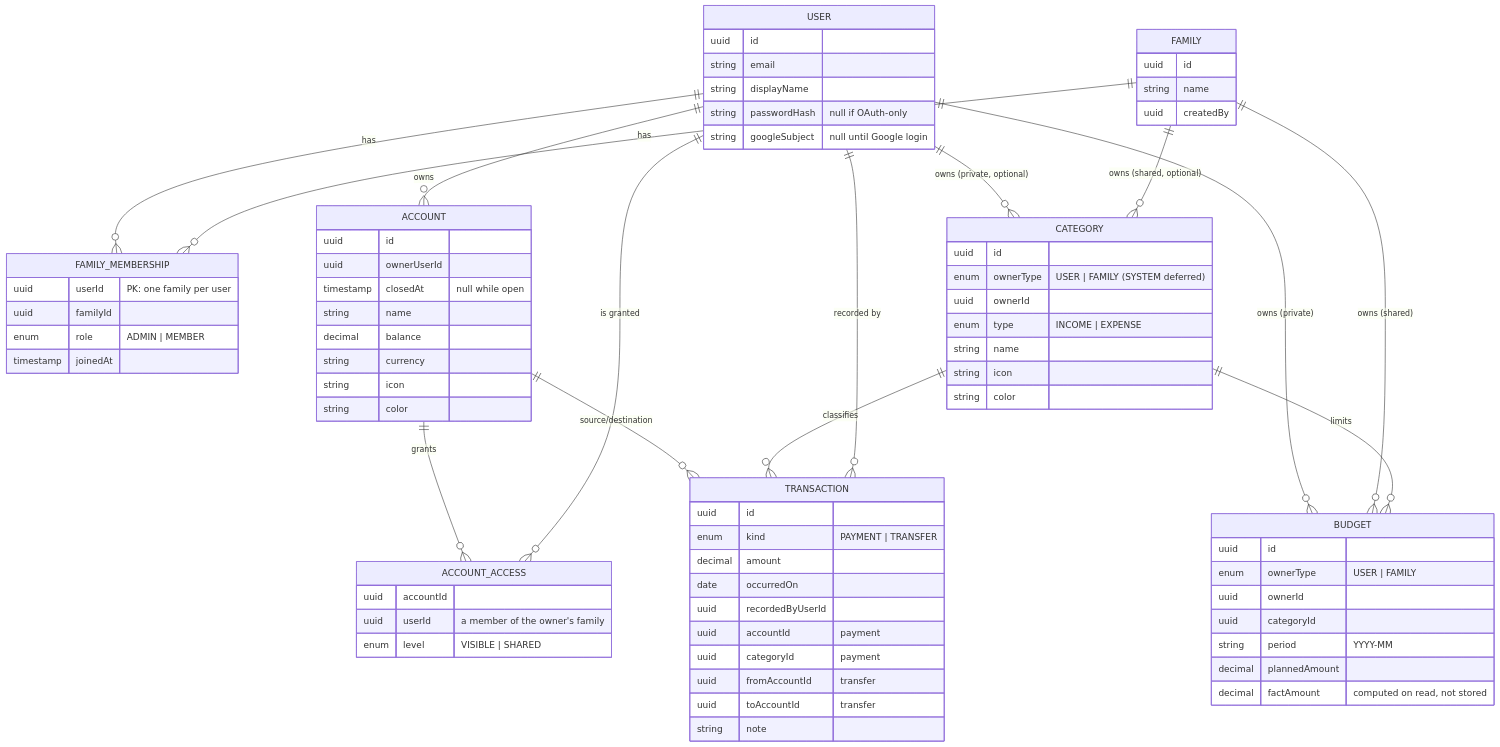
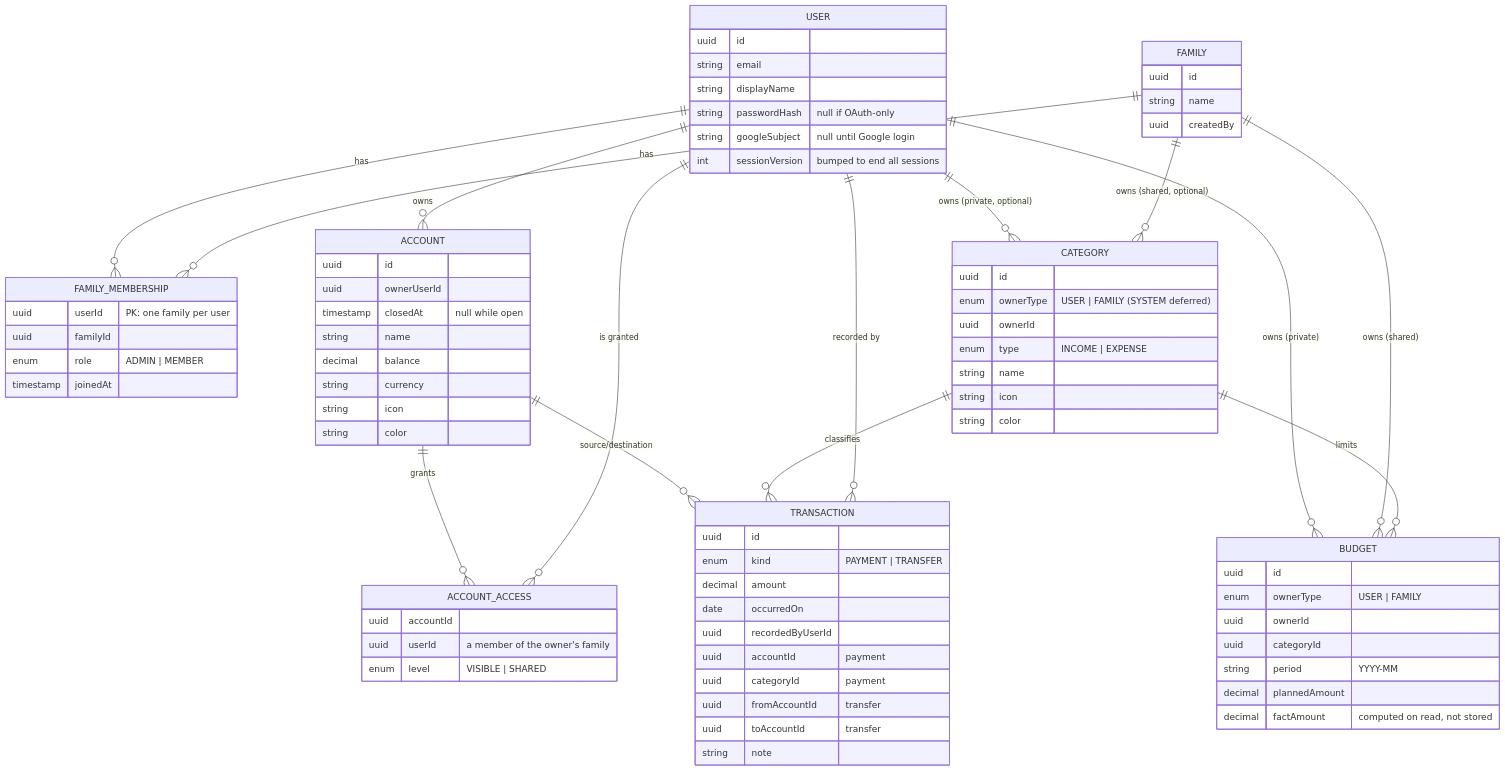
The second of 3 diagrams in docs/ARCHITECTURE.md (omarkelovUA/budget-backend), drawn with Mermaid before and after one commit. The commit also changed other lines of this file and 10 other files, not shown here.

````diff
--- a/docs/ARCHITECTURE.md
+++ b/docs/ARCHITECTURE.md
@@ -59,80 +59,81 @@
 ```mermaid
 erDiagram
     USER ||--o{ FAMILY_MEMBERSHIP : has
     FAMILY ||--o{ FAMILY_MEMBERSHIP : has
     USER ||--o{ ACCOUNT : owns
     ACCOUNT ||--o{ ACCOUNT_ACCESS : grants
     USER ||--o{ ACCOUNT_ACCESS : "is granted"
     USER ||--o{ CATEGORY : "owns (private, optional)"
     FAMILY ||--o{ CATEGORY : "owns (shared, optional)"
     ACCOUNT ||--o{ TRANSACTION : "source/destination"
     CATEGORY ||--o{ TRANSACTION : classifies
     USER ||--o{ BUDGET : "owns (private)"
     FAMILY ||--o{ BUDGET : "owns (shared)"
     CATEGORY ||--o{ BUDGET : limits
     USER ||--o{ TRANSACTION : "recorded by"
 
     USER {
         uuid id
         string email
         string displayName
         string passwordHash "null if OAuth-only"
         string googleSubject "null until Google login"
+        int sessionVersion "bumped to end all sessions"
     }
     FAMILY {
         uuid id
         string name
         uuid createdBy
     }
     FAMILY_MEMBERSHIP {
         uuid userId "PK: one family per user"
         uuid familyId
         enum role "ADMIN | MEMBER"
         timestamp joinedAt
     }
     ACCOUNT {
         uuid id
         uuid ownerUserId
         timestamp closedAt "null while open"
         string name
         decimal balance
         string currency
         string icon
         string color
     }
     ACCOUNT_ACCESS {
         uuid accountId
         uuid userId "a member of the owner's family"
         enum level "VISIBLE | SHARED"
     }
     CATEGORY {
         uuid id
         enum ownerType "USER | FAMILY (SYSTEM deferred)"
         uuid ownerId
         enum type "INCOME | EXPENSE"
         string name
         string icon
         string color
     }
     TRANSACTION {
         uuid id
         enum kind "PAYMENT | TRANSFER"
         decimal amount
         date occurredOn
         uuid recordedByUserId
         uuid accountId "payment"
         uuid categoryId "payment"
         uuid fromAccountId "transfer"
         uuid toAccountId "transfer"
         string note
     }
     BUDGET {
         uuid id
         enum ownerType "USER | FAMILY"
         uuid ownerId
         uuid categoryId
         string period "YYYY-MM"
         decimal plannedAmount
         decimal factAmount "computed on read, not stored"
     }
 ```
````
